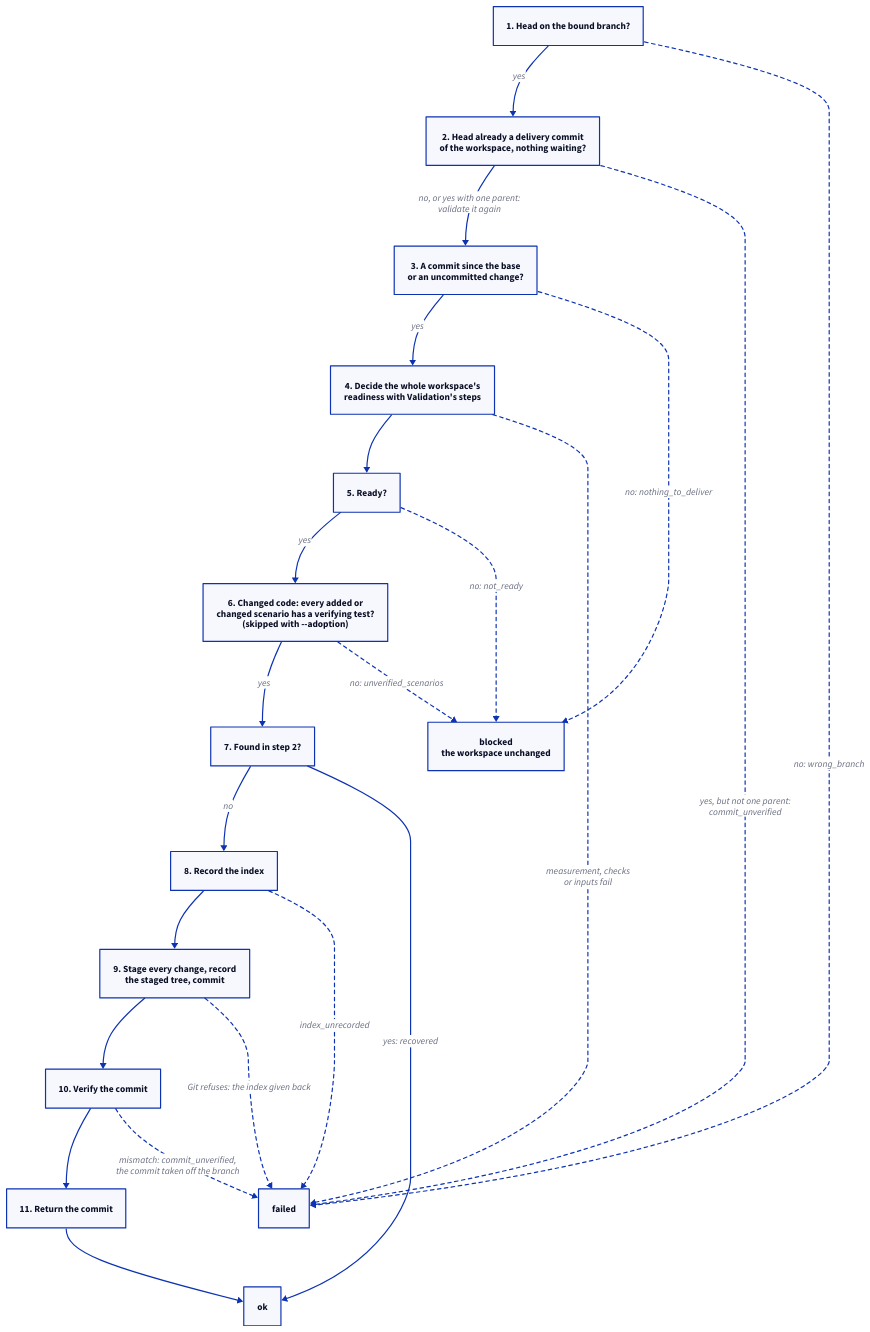
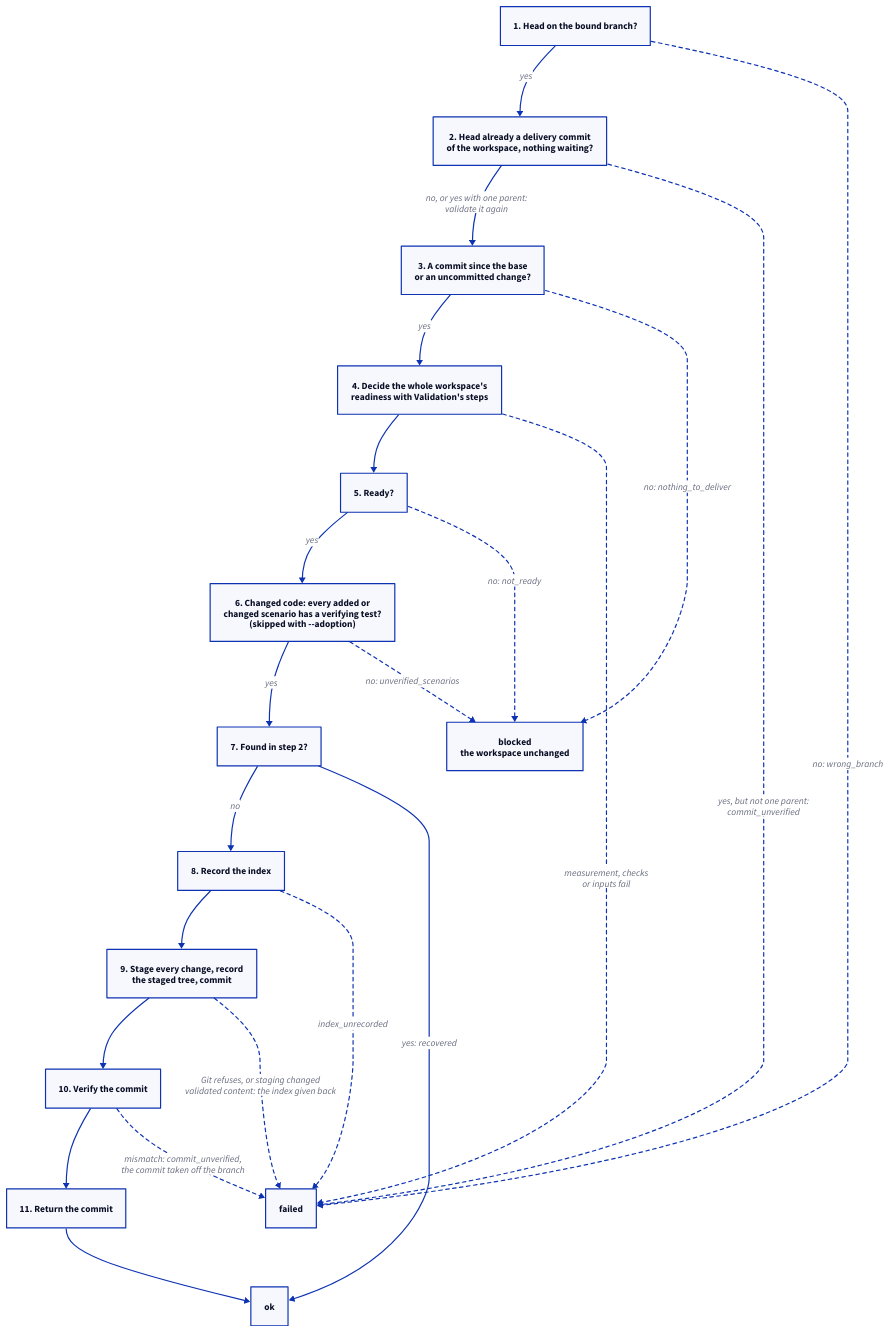
The diagram in specs/concorde/method/delivery/module.md (FTOD/concorde), drawn with D2 before and after one commit. The commit also changed other lines of this file and 5 other files, not shown here.

````diff
--- a/specs/concorde/method/delivery/module.md
+++ b/specs/concorde/method/delivery/module.md
@@ -85,35 +85,35 @@
 ```d2 illustrative
 direction: down
 branch: "1. Head on the bound branch?"
 found: "2. Head already a delivery commit\nof the workspace, nothing waiting?"
 work: "3. A commit since the base\nor an uncommitted change?"
 readiness: "4. Decide the whole workspace's\nreadiness with Validation's steps"
 ready: "5. Ready?"
 tests: "6. Changed code: every added or\nchanged scenario has a verifying test?\n(skipped with --adoption)"
 reported: "7. Found in step 2?"
 index: "8. Record the index"
 commit: "9. Stage every change, record\nthe staged tree, commit"
 verify: "10. Verify the commit"
 output: "11. Return the commit"
 ok: "ok"
 blocked: "blocked\nthe workspace unchanged"
 failed: "failed"
 branch -> found: yes
 found -> work: "no, or yes with one parent:\nvalidate it again"
 work -> readiness: yes
 readiness -> ready
 ready -> tests: yes
 tests -> reported: yes
 reported -> index: no
 index -> commit -> verify -> output -> ok
 reported -> ok: "yes: recovered"
 found -> failed: "yes, but not one parent:\ncommit_unverified" {style.stroke-dash: 3}
 branch -> failed: "no: wrong_branch" {style.stroke-dash: 3}
 work -> blocked: "no: nothing_to_deliver" {style.stroke-dash: 3}
 readiness -> failed: "measurement, checks\nor inputs fail" {style.stroke-dash: 3}
 ready -> blocked: "no: not_ready" {style.stroke-dash: 3}
 tests -> blocked: "no: unverified_scenarios" {style.stroke-dash: 3}
 index -> failed: "index_unrecorded" {style.stroke-dash: 3}
-commit -> failed: "Git refuses: the index given back" {style.stroke-dash: 3}
+commit -> failed: "Git refuses, or staging changed\nvalidated content: the index given back" {style.stroke-dash: 3}
 verify -> failed: "mismatch: commit_unverified,\nthe commit taken off the branch" {style.stroke-dash: 3}
 ```
````
